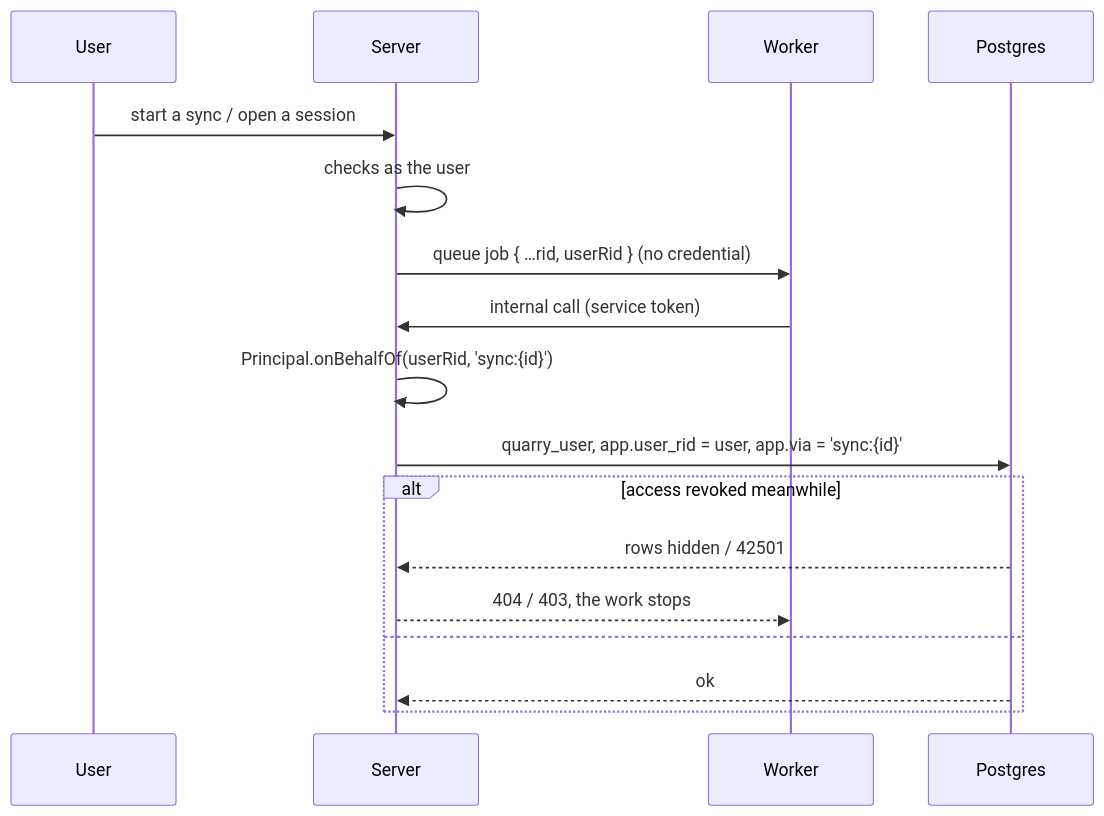
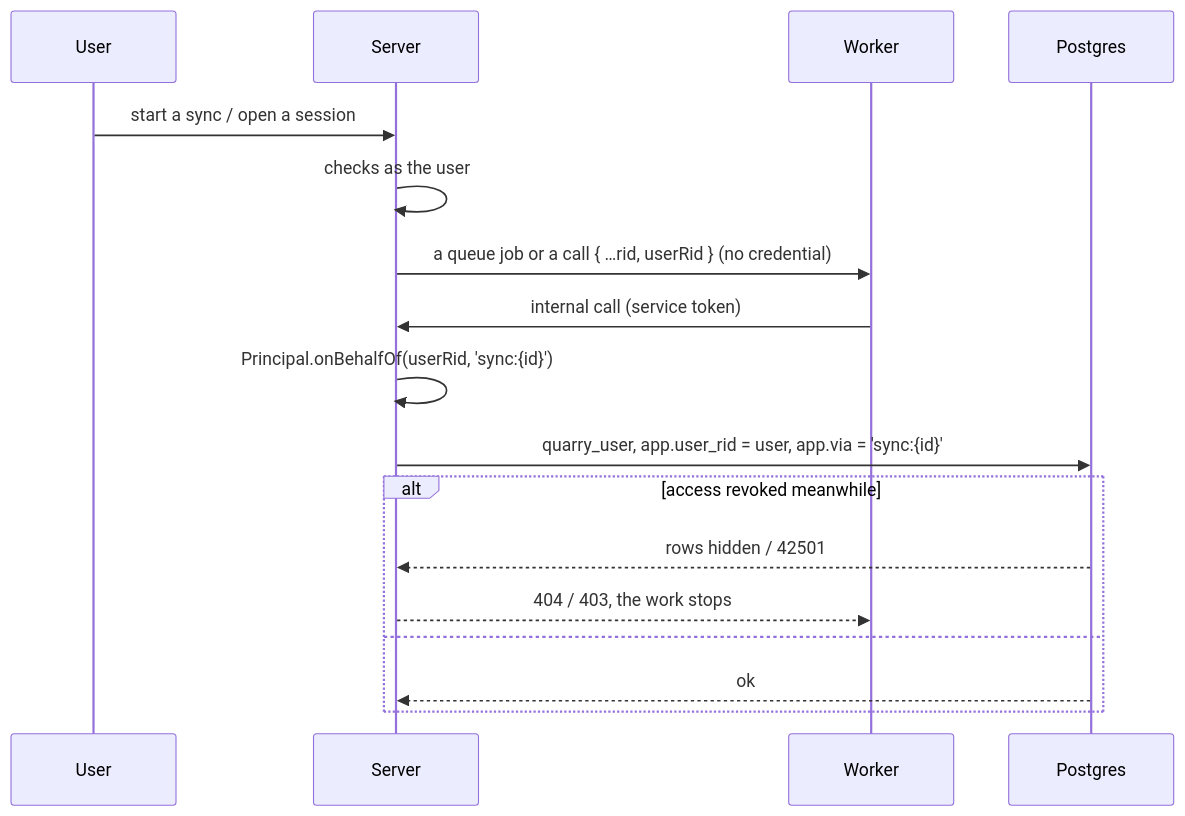
The fifth of 5 diagrams in docs/design/gatekeeper-and-rls.md (RolandTeslaru/Quarry), drawn with Mermaid before and after one commit. The commit also changed other lines of this file and 31 other files, not shown here.

````diff
--- a/docs/design/gatekeeper-and-rls.md
+++ b/docs/design/gatekeeper-and-rls.md
@@ -256,20 +256,20 @@
 ```mermaid
 sequenceDiagram
     participant U as User
     participant S as Server
     participant W as Worker
     participant P as Postgres
 
     U->>S: start a sync / open a session
     S->>S: checks as the user
-    S->>W: queue job { …rid, userRid } (no credential)
+    S->>W: a queue job or a call { …rid, userRid } (no credential)
     W->>S: internal call (service token)
     S->>S: Principal.onBehalfOf(userRid, 'sync:{id}')
     S->>P: quarry_user, app.user_rid = user, app.via = 'sync:{id}'
     alt access revoked meanwhile
         P-->>S: rows hidden / 42501
         S-->>W: 404 / 403, the work stops
     else
         P-->>S: ok
     end
 ```
````
